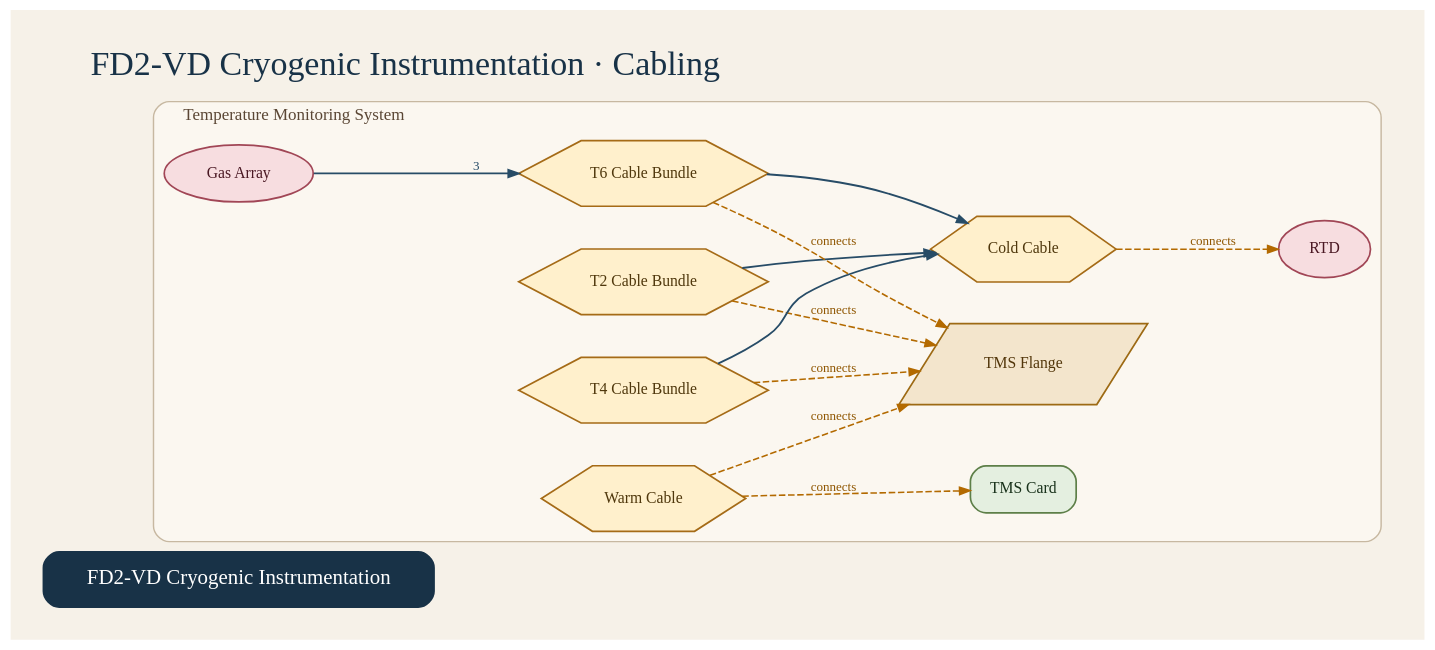
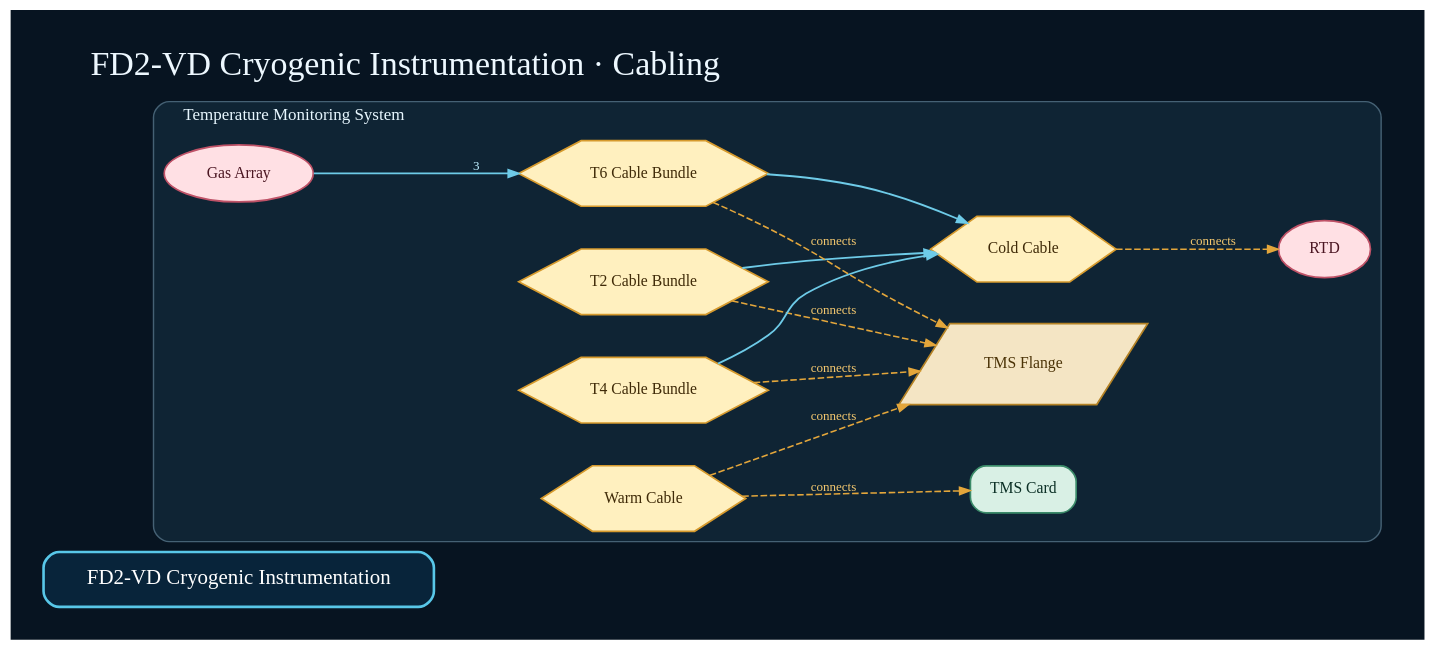
Before and after one commit to marroyav/hardware-database: the diagram in docs/dot/fd2_vd_ci_cabling.dot, drawn with Graphviz. The commit also changed 93 other files, not shown here.

```diff
--- a/docs/dot/fd2_vd_ci_cabling.dot
+++ b/docs/dot/fd2_vd_ci_cabling.dot
@@ -1,57 +1,57 @@
 digraph HardwareModel {
   graph [
     rankdir=LR,
     splines=true,
     overlap=false,
     newrank=true,
     compound=true,
-    bgcolor="#f6f1e8",
+    bgcolor="#071421",
     pad="0.35",
     nodesep="0.45",
     ranksep="0.8",
     label="FD2-VD Cryogenic Instrumentation · Cabling",
     labelloc="t",
     labeljust="l",
-    fontname="Iowan Old Style",
+    fontname="Avenir Next",
     fontsize=26,
-    fontcolor="#183247"
+    fontcolor="#edf8ff"
   ];
   node [fontname="Avenir Next", fontsize=12, margin="0.18,0.12", penwidth=1.3];
-  edge [fontname="Avenir Next", fontsize=10, arrowsize=0.8, penwidth=1.2, color="#33536a", fontcolor="#33536a"];
+  edge [fontname="Avenir Next", fontsize=10, arrowsize=0.8, penwidth=1.2, color="#6ecbe8", fontcolor="#bdefff"];
 
-  fd2_vd_ci [label="FD2-VD Cryogenic Instrumentation", fontname="Avenir Next", URL="../explorer.html#object=fd2_vd_ci", target="_top", tooltip="Open FD2-VD Cryogenic Instrumentation in the interactive explorer", shape="box", style="rounded,filled", fillcolor="#183247", color="#183247", fontcolor="#ffffff", fontsize="16", margin="0.24,0.16", penwidth="1.5"];
+  fd2_vd_ci [label="FD2-VD Cryogenic Instrumentation", fontname="Avenir Next", URL="../explorer.html#object=fd2_vd_ci", target="_top", tooltip="Open FD2-VD Cryogenic Instrumentation in the interactive explorer", shape="box", style="rounded,filled", fillcolor="#08243a", color="#58c7e8", fontcolor="#ffffff", fontsize="16", margin="0.24,0.16", penwidth="2.0"];
 
   subgraph cluster_fd2_vd_ci_tms {
     label="Temperature Monitoring System";
     style="rounded,filled";
-    color="#c7b8a1";
-    fillcolor="#fbf7f0";
+    color="#456174";
+    fillcolor="#0f2434";
     penwidth=1.1;
     fontname="Avenir Next";
     fontsize=13;
-    fontcolor="#5a4634";
+    fontcolor="#e8f7ff";
     URL="../explorer.html#object=fd2_vd_ci.tms";
     target="_top";
     tooltip="Open Temperature Monitoring System in the interactive explorer";
-    fd2_vd_ci_cold_cable [label="Cold Cable", fontname="Avenir Next", URL="../explorer.html#object=fd2_vd_ci.cold_cable", target="_top", tooltip="Open Cold Cable in the interactive explorer", shape="hexagon", style="filled", fillcolor="#fff0cc", color="#a56b17", fontcolor="#4f370c"];
-    fd2_vd_ci_gas_array [label="Gas Array", fontname="Avenir Next", URL="../explorer.html#object=fd2_vd_ci.gas_array", target="_top", tooltip="Open Gas Array in the interactive explorer", shape="ellipse", style="filled", fillcolor="#f7dde0", color="#a14656", fontcolor="#4a1823"];
-    fd2_vd_ci_rtd [label="RTD", fontname="Avenir Next", URL="../explorer.html#object=fd2_vd_ci.rtd", target="_top", tooltip="Open RTD in the interactive explorer", shape="ellipse", style="filled", fillcolor="#f7dde0", color="#a14656", fontcolor="#4a1823"];
-    fd2_vd_ci_t2_bundle [label="T2 Cable Bundle", fontname="Avenir Next", URL="../explorer.html#object=fd2_vd_ci.t2_bundle", target="_top", tooltip="Open T2 Cable Bundle in the interactive explorer", shape="hexagon", style="filled", fillcolor="#fff0cc", color="#a56b17", fontcolor="#4f370c"];
-    fd2_vd_ci_t4_bundle [label="T4 Cable Bundle", fontname="Avenir Next", URL="../explorer.html#object=fd2_vd_ci.t4_bundle", target="_top", tooltip="Open T4 Cable Bundle in the interactive explorer", shape="hexagon", style="filled", fillcolor="#fff0cc", color="#a56b17", fontcolor="#4f370c"];
-    fd2_vd_ci_t6_bundle [label="T6 Cable Bundle", fontname="Avenir Next", URL="../explorer.html#object=fd2_vd_ci.t6_bundle", target="_top", tooltip="Open T6 Cable Bundle in the interactive explorer", shape="hexagon", style="filled", fillcolor="#fff0cc", color="#a56b17", fontcolor="#4f370c"];
-    fd2_vd_ci_tms_card [label="TMS Card", fontname="Avenir Next", URL="../explorer.html#object=fd2_vd_ci.tms_card", target="_top", tooltip="Open TMS Card in the interactive explorer", shape="box", style="rounded,filled", fillcolor="#e4efe0", color="#5d7f48", fontcolor="#18311a"];
-    fd2_vd_ci_tms_flange [label="TMS Flange", fontname="Avenir Next", URL="../explorer.html#object=fd2_vd_ci.tms_flange", target="_top", tooltip="Open TMS Flange in the interactive explorer", shape="parallelogram", style="filled", fillcolor="#f3e5cc", color="#9d6a14", fontcolor="#52360a"];
-    fd2_vd_ci_warm_cable [label="Warm Cable", fontname="Avenir Next", URL="../explorer.html#object=fd2_vd_ci.warm_cable", target="_top", tooltip="Open Warm Cable in the interactive explorer", shape="hexagon", style="filled", fillcolor="#fff0cc", color="#a56b17", fontcolor="#4f370c"];
+    fd2_vd_ci_cold_cable [label="Cold Cable", fontname="Avenir Next", URL="../explorer.html#object=fd2_vd_ci.cold_cable", target="_top", tooltip="Open Cold Cable in the interactive explorer", shape="hexagon", style="filled", fillcolor="#fff0bf", color="#d69a2d", fontcolor="#3f2a08"];
+    fd2_vd_ci_gas_array [label="Gas Array", fontname="Avenir Next", URL="../explorer.html#object=fd2_vd_ci.gas_array", target="_top", tooltip="Open Gas Array in the interactive explorer", shape="ellipse", style="filled", fillcolor="#ffe0e4", color="#bf5267", fontcolor="#4b1622"];
+    fd2_vd_ci_rtd [label="RTD", fontname="Avenir Next", URL="../explorer.html#object=fd2_vd_ci.rtd", target="_top", tooltip="Open RTD in the interactive explorer", shape="ellipse", style="filled", fillcolor="#ffe0e4", color="#bf5267", fontcolor="#4b1622"];
+    fd2_vd_ci_t2_bundle [label="T2 Cable Bundle", fontname="Avenir Next", URL="../explorer.html#object=fd2_vd_ci.t2_bundle", target="_top", tooltip="Open T2 Cable Bundle in the interactive explorer", shape="hexagon", style="filled", fillcolor="#fff0bf", color="#d69a2d", fontcolor="#3f2a08"];
+    fd2_vd_ci_t4_bundle [label="T4 Cable Bundle", fontname="Avenir Next", URL="../explorer.html#object=fd2_vd_ci.t4_bundle", target="_top", tooltip="Open T4 Cable Bundle in the interactive explorer", shape="hexagon", style="filled", fillcolor="#fff0bf", color="#d69a2d", fontcolor="#3f2a08"];
+    fd2_vd_ci_t6_bundle [label="T6 Cable Bundle", fontname="Avenir Next", URL="../explorer.html#object=fd2_vd_ci.t6_bundle", target="_top", tooltip="Open T6 Cable Bundle in the interactive explorer", shape="hexagon", style="filled", fillcolor="#fff0bf", color="#d69a2d", fontcolor="#3f2a08"];
+    fd2_vd_ci_tms_card [label="TMS Card", fontname="Avenir Next", URL="../explorer.html#object=fd2_vd_ci.tms_card", target="_top", tooltip="Open TMS Card in the interactive explorer", shape="box", style="rounded,filled", fillcolor="#d9f0e5", color="#3a8a68", fontcolor="#0b2f25"];
+    fd2_vd_ci_tms_flange [label="TMS Flange", fontname="Avenir Next", URL="../explorer.html#object=fd2_vd_ci.tms_flange", target="_top", tooltip="Open TMS Flange in the interactive explorer", shape="parallelogram", style="filled", fillcolor="#f4e5c4", color="#b48225", fontcolor="#4b3307"];
+    fd2_vd_ci_warm_cable [label="Warm Cable", fontname="Avenir Next", URL="../explorer.html#object=fd2_vd_ci.warm_cable", target="_top", tooltip="Open Warm Cable in the interactive explorer", shape="hexagon", style="filled", fillcolor="#fff0bf", color="#d69a2d", fontcolor="#3f2a08"];
   }
 
-  fd2_vd_ci_gas_array -> fd2_vd_ci_t6_bundle [URL="../explorer.html#object=relation%3A4", target="_top", tooltip="Open contains relation in the interactive explorer", color="#274c67", fontcolor="#274c67", penwidth="1.4", label="3"];
-  fd2_vd_ci_t6_bundle -> fd2_vd_ci_cold_cable [URL="../explorer.html#object=relation%3A5", target="_top", tooltip="Open contains relation in the interactive explorer", color="#274c67", fontcolor="#274c67", penwidth="1.4"];
-  fd2_vd_ci_t4_bundle -> fd2_vd_ci_cold_cable [URL="../explorer.html#object=relation%3A6", target="_top", tooltip="Open contains relation in the interactive explorer", color="#274c67", fontcolor="#274c67", penwidth="1.4"];
-  fd2_vd_ci_t2_bundle -> fd2_vd_ci_cold_cable [URL="../explorer.html#object=relation%3A7", target="_top", tooltip="Open contains relation in the interactive explorer", color="#274c67", fontcolor="#274c67", penwidth="1.4"];
-  fd2_vd_ci_cold_cable -> fd2_vd_ci_rtd [URL="../explorer.html#object=relation%3A8", target="_top", tooltip="Open connects to relation in the interactive explorer", color="#b36a00", fontcolor="#8f5600", style="dashed", penwidth="1.2", label="connects"];
-  fd2_vd_ci_t6_bundle -> fd2_vd_ci_tms_flange [URL="../explorer.html#object=relation%3A9", target="_top", tooltip="Open connects to relation in the interactive explorer", color="#b36a00", fontcolor="#8f5600", style="dashed", penwidth="1.2", label="connects"];
-  fd2_vd_ci_t4_bundle -> fd2_vd_ci_tms_flange [URL="../explorer.html#object=relation%3A10", target="_top", tooltip="Open connects to relation in the interactive explorer", color="#b36a00", fontcolor="#8f5600", style="dashed", penwidth="1.2", label="connects"];
-  fd2_vd_ci_t2_bundle -> fd2_vd_ci_tms_flange [URL="../explorer.html#object=relation%3A11", target="_top", tooltip="Open connects to relation in the interactive explorer", color="#b36a00", fontcolor="#8f5600", style="dashed", penwidth="1.2", label="connects"];
-  fd2_vd_ci_warm_cable -> fd2_vd_ci_tms_flange [URL="../explorer.html#object=relation%3A12", target="_top", tooltip="Open connects to relation in the interactive explorer", color="#b36a00", fontcolor="#8f5600", style="dashed", penwidth="1.2", label="connects"];
-  fd2_vd_ci_warm_cable -> fd2_vd_ci_tms_card [URL="../explorer.html#object=relation%3A13", target="_top", tooltip="Open connects to relation in the interactive explorer", color="#b36a00", fontcolor="#8f5600", style="dashed", penwidth="1.2", label="connects"];
+  fd2_vd_ci_gas_array -> fd2_vd_ci_t6_bundle [URL="../explorer.html#object=relation%3A4", target="_top", tooltip="Open contains relation in the interactive explorer", color="#6ecbe8", fontcolor="#bdefff", penwidth="1.4", label="3"];
+  fd2_vd_ci_t6_bundle -> fd2_vd_ci_cold_cable [URL="../explorer.html#object=relation%3A5", target="_top", tooltip="Open contains relation in the interactive explorer", color="#6ecbe8", fontcolor="#bdefff", penwidth="1.4"];
+  fd2_vd_ci_t4_bundle -> fd2_vd_ci_cold_cable [URL="../explorer.html#object=relation%3A6", target="_top", tooltip="Open contains relation in the interactive explorer", color="#6ecbe8", fontcolor="#bdefff", penwidth="1.4"];
+  fd2_vd_ci_t2_bundle -> fd2_vd_ci_cold_cable [URL="../explorer.html#object=relation%3A7", target="_top", tooltip="Open contains relation in the interactive explorer", color="#6ecbe8", fontcolor="#bdefff", penwidth="1.4"];
+  fd2_vd_ci_cold_cable -> fd2_vd_ci_rtd [URL="../explorer.html#object=relation%3A8", target="_top", tooltip="Open connects to relation in the interactive explorer", color="#e3a63b", fontcolor="#f4c86f", style="dashed", penwidth="1.2", label="connects"];
+  fd2_vd_ci_t6_bundle -> fd2_vd_ci_tms_flange [URL="../explorer.html#object=relation%3A9", target="_top", tooltip="Open connects to relation in the interactive explorer", color="#e3a63b", fontcolor="#f4c86f", style="dashed", penwidth="1.2", label="connects"];
+  fd2_vd_ci_t4_bundle -> fd2_vd_ci_tms_flange [URL="../explorer.html#object=relation%3A10", target="_top", tooltip="Open connects to relation in the interactive explorer", color="#e3a63b", fontcolor="#f4c86f", style="dashed", penwidth="1.2", label="connects"];
+  fd2_vd_ci_t2_bundle -> fd2_vd_ci_tms_flange [URL="../explorer.html#object=relation%3A11", target="_top", tooltip="Open connects to relation in the interactive explorer", color="#e3a63b", fontcolor="#f4c86f", style="dashed", penwidth="1.2", label="connects"];
+  fd2_vd_ci_warm_cable -> fd2_vd_ci_tms_flange [URL="../explorer.html#object=relation%3A12", target="_top", tooltip="Open connects to relation in the interactive explorer", color="#e3a63b", fontcolor="#f4c86f", style="dashed", penwidth="1.2", label="connects"];
+  fd2_vd_ci_warm_cable -> fd2_vd_ci_tms_card [URL="../explorer.html#object=relation%3A13", target="_top", tooltip="Open connects to relation in the interactive explorer", color="#e3a63b", fontcolor="#f4c86f", style="dashed", penwidth="1.2", label="connects"];
 }
```
